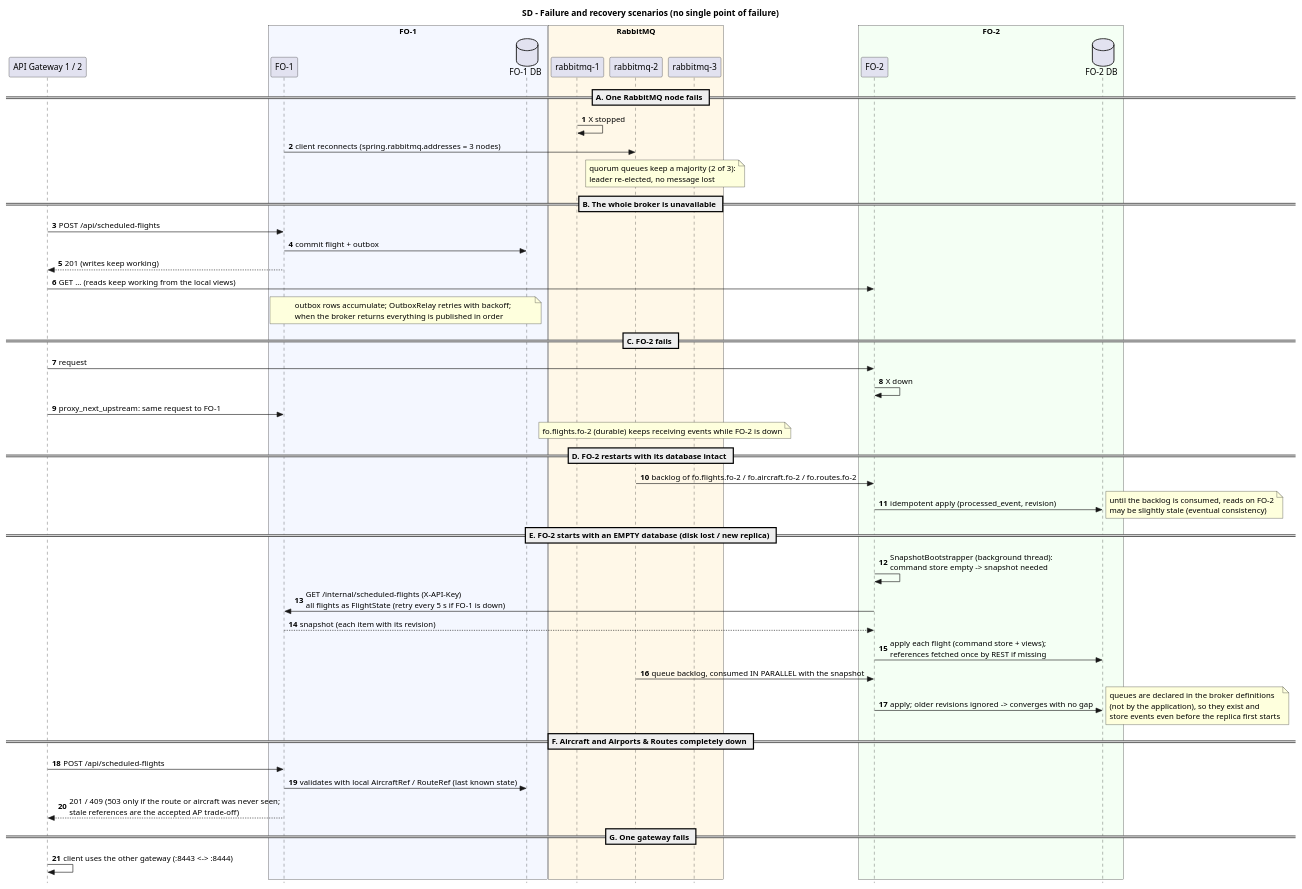
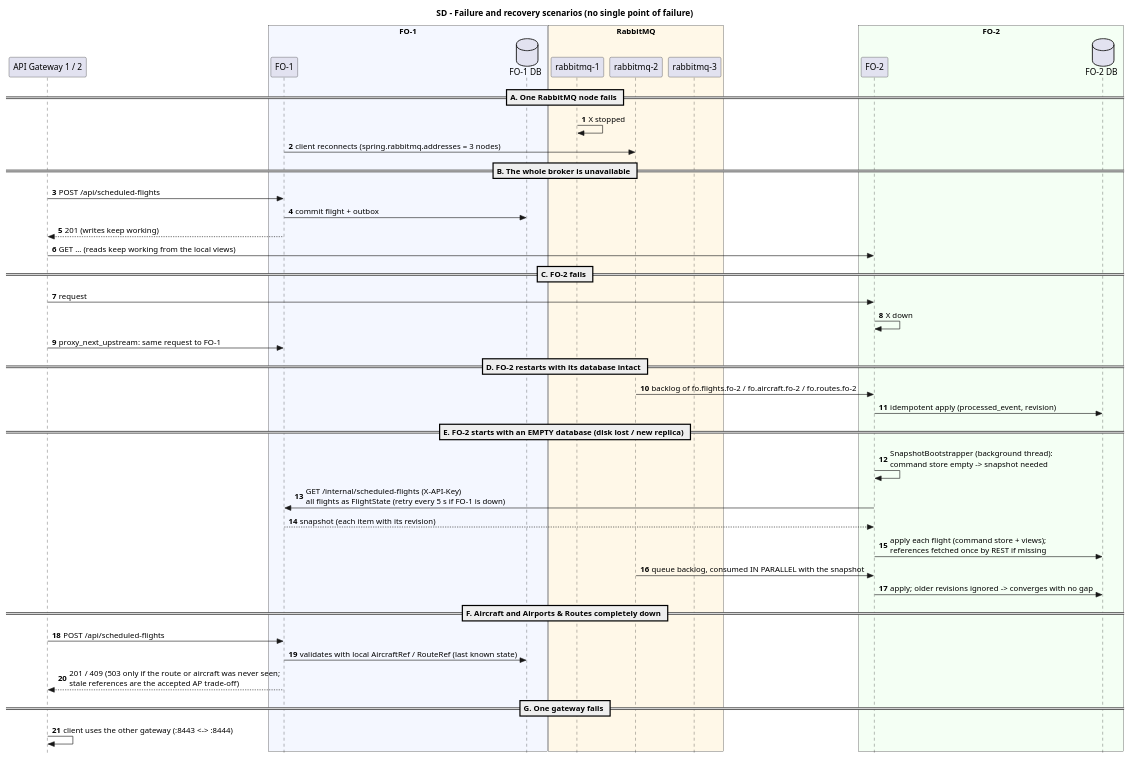
Before and after one commit to anamartasilvaa/SIDIG_AI_Safe: the diagram in Services/Flighting Operations/docs/sd-failure-recovery.puml, drawn with PlantUML. The commit also changed 19 other files, not shown here.

```diff
--- a/Services/Flighting Operations/docs/sd-failure-recovery.puml
+++ b/Services/Flighting Operations/docs/sd-failure-recovery.puml
@@ -1,60 +1,55 @@
 @startuml sd-failure-recovery
 skinparam style strictuml
 autonumber
 title SD - Failure and recovery scenarios (no single point of failure)
 
 participant "API Gateway 1 / 2" as GW
 box "FO-1" #F4F7FF
 participant "FO-1" as F1
 database "FO-1 DB" as D1
 end box
 box "RabbitMQ" #FFF8E8
 participant "rabbitmq-1" as R1
 participant "rabbitmq-2" as R2
 participant "rabbitmq-3" as R3
 end box
 box "FO-2" #F4FFF4
 participant "FO-2" as F2
 database "FO-2 DB" as D2
 end box
 
 == A. One RabbitMQ node fails ==
 R1 -> R1 : X stopped
 F1 -> R2 : client reconnects (spring.rabbitmq.addresses = 3 nodes)
-note over R2, R3 : quorum queues keep a majority (2 of 3):\nleader re-elected, no message lost
 
 == B. The whole broker is unavailable ==
 GW -> F1 : POST /api/scheduled-flights
 F1 -> D1 : commit flight + outbox
 F1 --> GW : 201 (writes keep working)
 GW -> F2 : GET ... (reads keep working from the local views)
-note over F1, D1 : outbox rows accumulate; OutboxRelay retries with backoff;\nwhen the broker returns everything is published in order
 
 == C. FO-2 fails ==
 GW -> F2 : request
 F2 -> F2 : X down
 GW -> F1 : proxy_next_upstream: same request to FO-1
-note over R2, R3 : fo.flights.fo-2 (durable) keeps receiving events while FO-2 is down
 
 == D. FO-2 restarts with its database intact ==
 R2 -> F2 : backlog of fo.flights.fo-2 / fo.aircraft.fo-2 / fo.routes.fo-2
 F2 -> D2 : idempotent apply (processed_event, revision)
-note right : until the backlog is consumed, reads on FO-2\nmay be slightly stale (eventual consistency)
 
 == E. FO-2 starts with an EMPTY database (disk lost / new replica) ==
 F2 -> F2 : SnapshotBootstrapper (background thread):\ncommand store empty -> snapshot needed
 F2 -> F1 : GET /internal/scheduled-flights (X-API-Key)\nall flights as FlightState (retry every 5 s if FO-1 is down)
 F1 --> F2 : snapshot (each item with its revision)
 F2 -> D2 : apply each flight (command store + views);\nreferences fetched once by REST if missing
 R2 -> F2 : queue backlog, consumed IN PARALLEL with the snapshot
 F2 -> D2 : apply; older revisions ignored -> converges with no gap
-note right : queues are declared in the broker definitions\n(not by the application), so they exist and\nstore events even before the replica first starts
 
 == F. Aircraft and Airports & Routes completely down ==
 GW -> F1 : POST /api/scheduled-flights
 F1 -> D1 : validates with local AircraftRef / RouteRef (last known state)
 F1 --> GW : 201 / 409 (503 only if the route or aircraft was never seen;\nstale references are the accepted AP trade-off)
 
 == G. One gateway fails ==
 GW -> GW : client uses the other gateway (:8443 <-> :8444)
 @enduml
```
